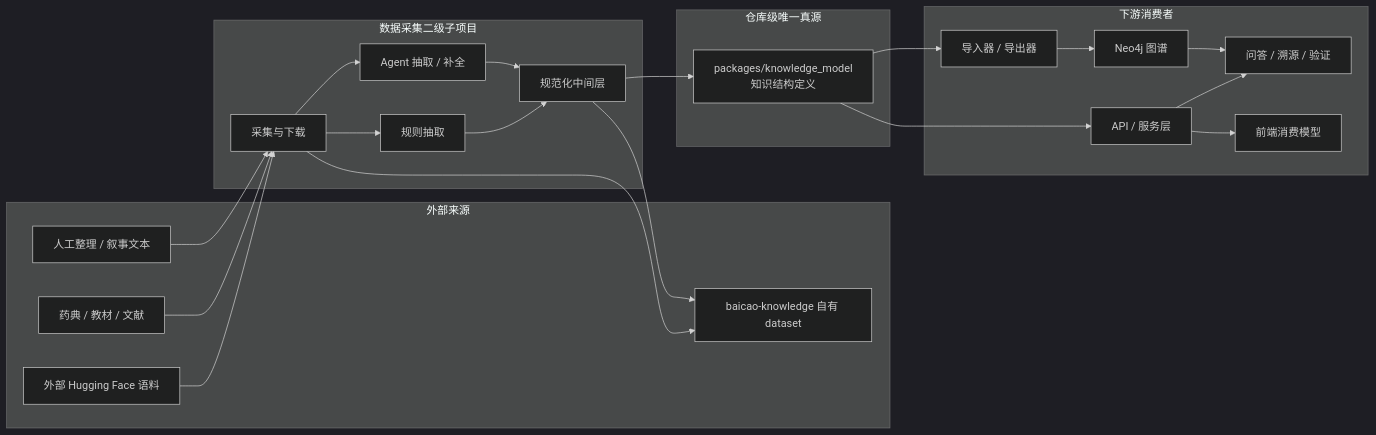
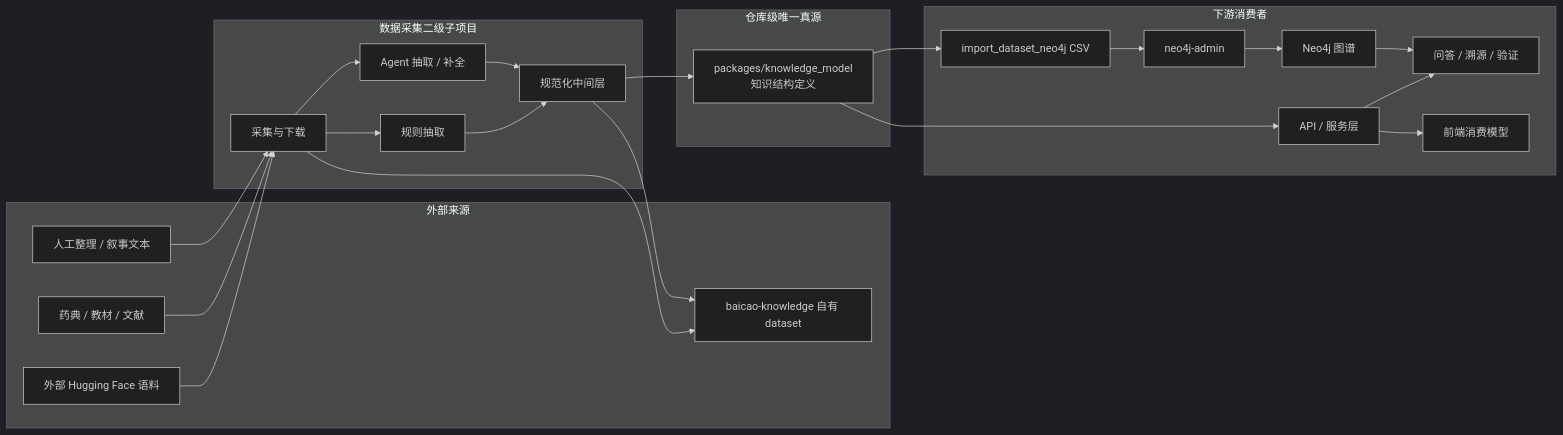
Before and after one commit to ticoAg/BaiCao: the first of 3 diagrams in docs/architecture/knowledge-model-and-ingestion.md, drawn with Mermaid (dark theme). The commit also changed other lines of this file and 12 other files, not shown here.

First line of the commit message:
feat: 图谱全量导入默认走 neo4j-admin

````diff
--- a/docs/architecture/knowledge-model-and-ingestion.md
+++ b/docs/architecture/knowledge-model-and-ingestion.md
@@ -100,45 +100,47 @@
 ```mermaid
 flowchart LR
     subgraph Sources[外部来源]
         HF[外部 Hugging Face 语料]
         Pharm[药典 / 教材 / 文献]
         Manual[人工整理 / 叙事文本]
         Own[baicao-knowledge 自有 dataset]
     end
 
     subgraph Ingestion[数据采集二级子项目]
         Collect[采集与下载]
         Rule[规则抽取]
         Agent[Agent 抽取 / 补全]
         Normalize[规范化中间层]
     end
 
     subgraph SSOT[仓库级唯一真源]
         KM[packages/knowledge_model<br/>知识结构定义]
     end
 
     subgraph Consumers[下游消费者]
-        Importer[导入器 / 导出器]
+        Importer[import_dataset_neo4j CSV]
+        Admin[neo4j-admin]
         API[API / 服务层]
         Graph[Neo4j 图谱]
         QA[问答 / 溯源 / 验证]
         Web[前端消费模型]
     end
 
     HF --> Collect
     Pharm --> Collect
     Manual --> Collect
     Collect --> Own
     Normalize --> Own
     Collect --> Rule
     Collect --> Agent
     Rule --> Normalize
     Agent --> Normalize
     Normalize --> KM
     KM --> Importer
     KM --> API
-    Importer --> Graph
+    Importer --> Admin
+    Admin --> Graph
     API --> QA
     API --> Web
     Graph --> QA
 ```
````
